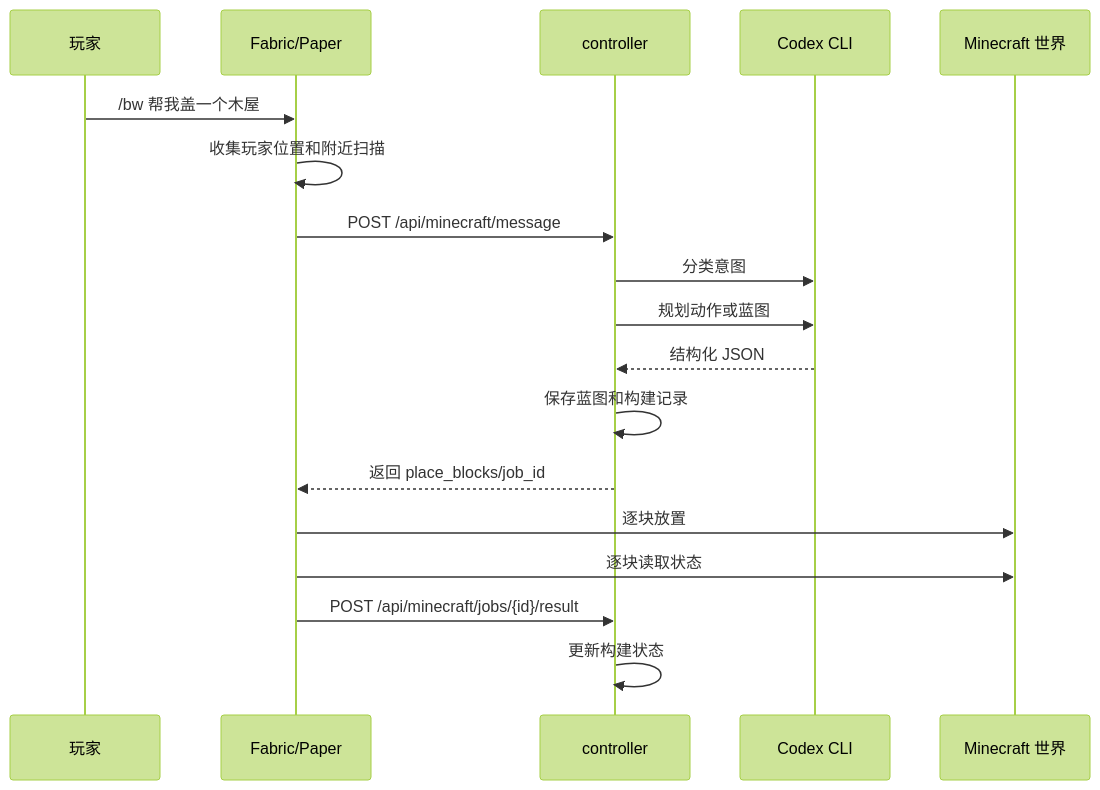
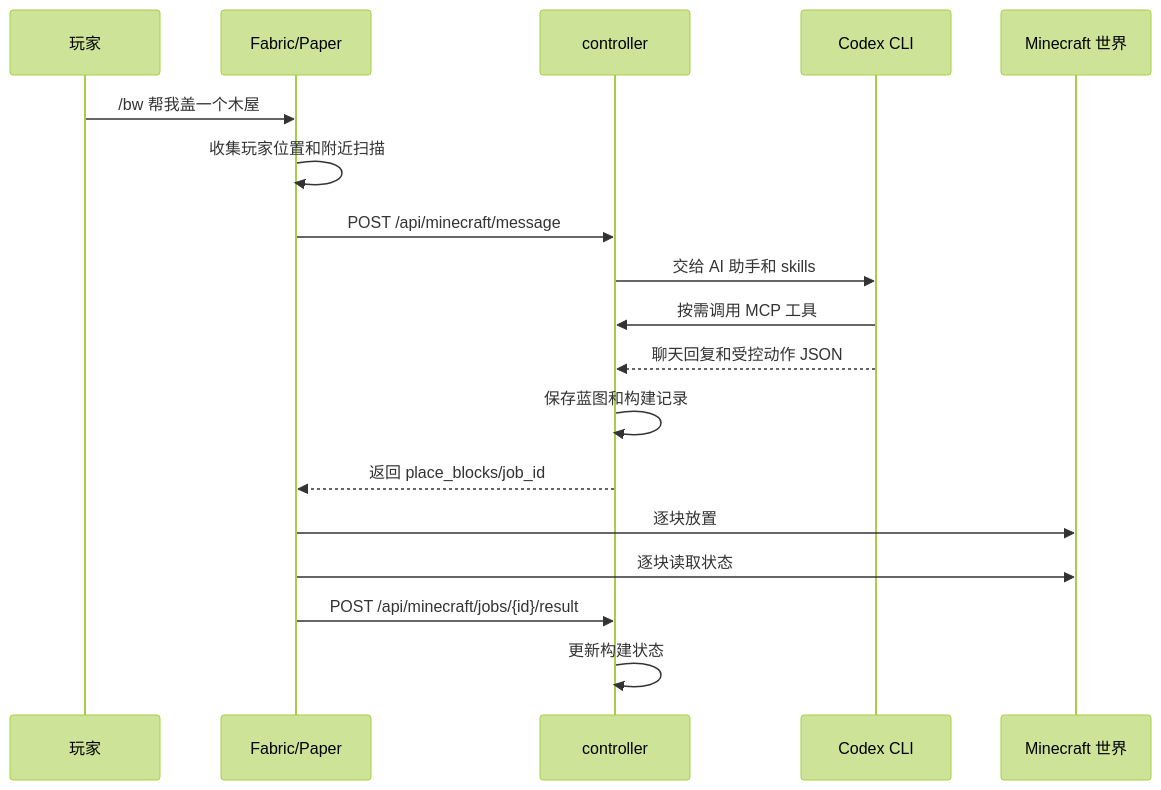
The first of 2 diagrams in docs/ARCHITECTURE.md (mari0w/blockwright), drawn with Mermaid (forest theme) before and after one commit. The commit also changed other lines of this file and 43 other files, not shown here.

````diff
--- a/docs/ARCHITECTURE.md
+++ b/docs/ARCHITECTURE.md
@@ -79,21 +83,21 @@
 ```mermaid
 sequenceDiagram
     participant Player as 玩家
     participant Mod as Fabric/Paper
     participant Controller as controller
     participant Codex as Codex CLI
     participant World as Minecraft 世界
 
     Player->>Mod: /bw 帮我盖一个木屋
     Mod->>Mod: 收集玩家位置和附近扫描
     Mod->>Controller: POST /api/minecraft/message
-    Controller->>Codex: 分类意图
-    Controller->>Codex: 规划动作或蓝图
-    Codex-->>Controller: 结构化 JSON
+    Controller->>Codex: 交给 AI 助手和 skills
+    Codex->>Controller: 按需调用 MCP 工具
+    Codex-->>Controller: 聊天回复和受控动作 JSON
     Controller->>Controller: 保存蓝图和构建记录
     Controller-->>Mod: 返回 place_blocks/job_id
     Mod->>World: 逐块放置
     Mod->>World: 逐块读取状态
     Mod->>Controller: POST /api/minecraft/jobs/{id}/result
     Controller->>Controller: 更新构建状态
 ```
````
